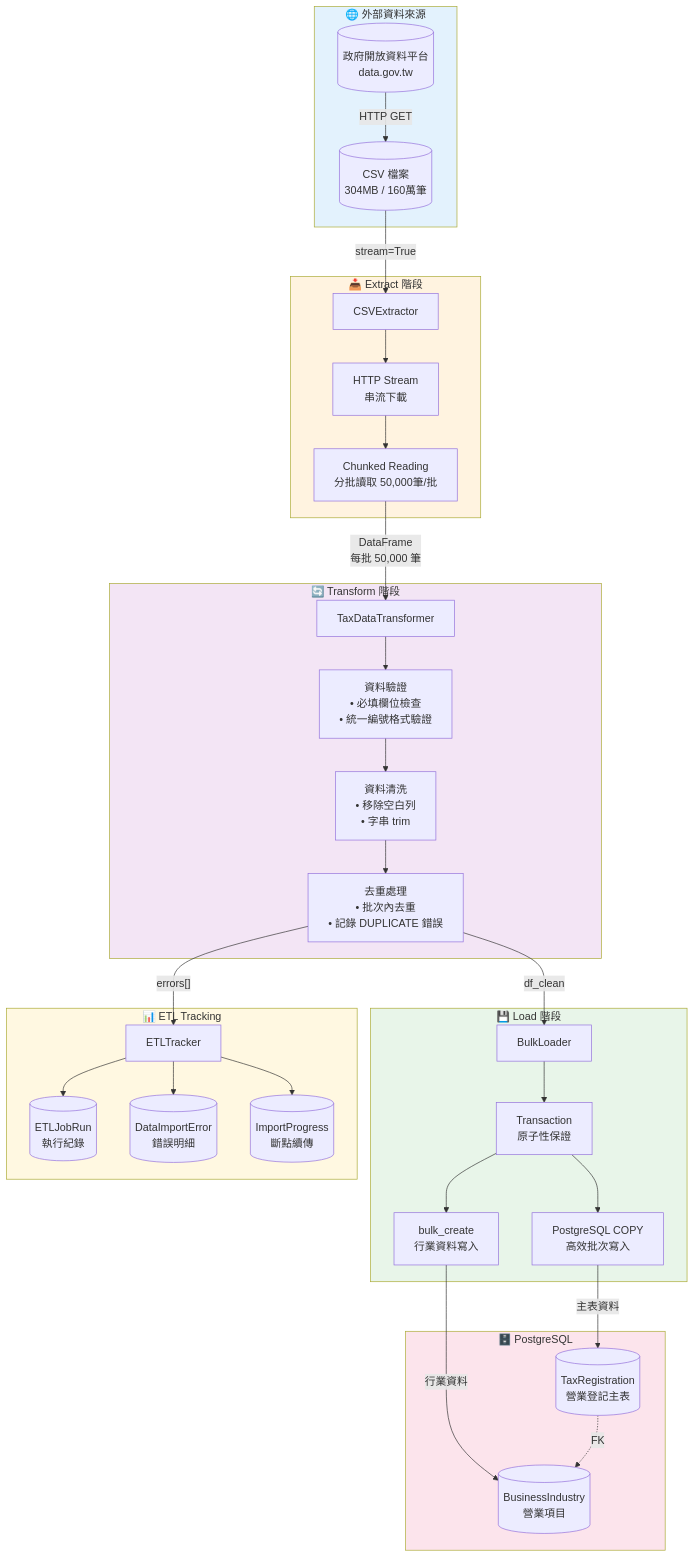
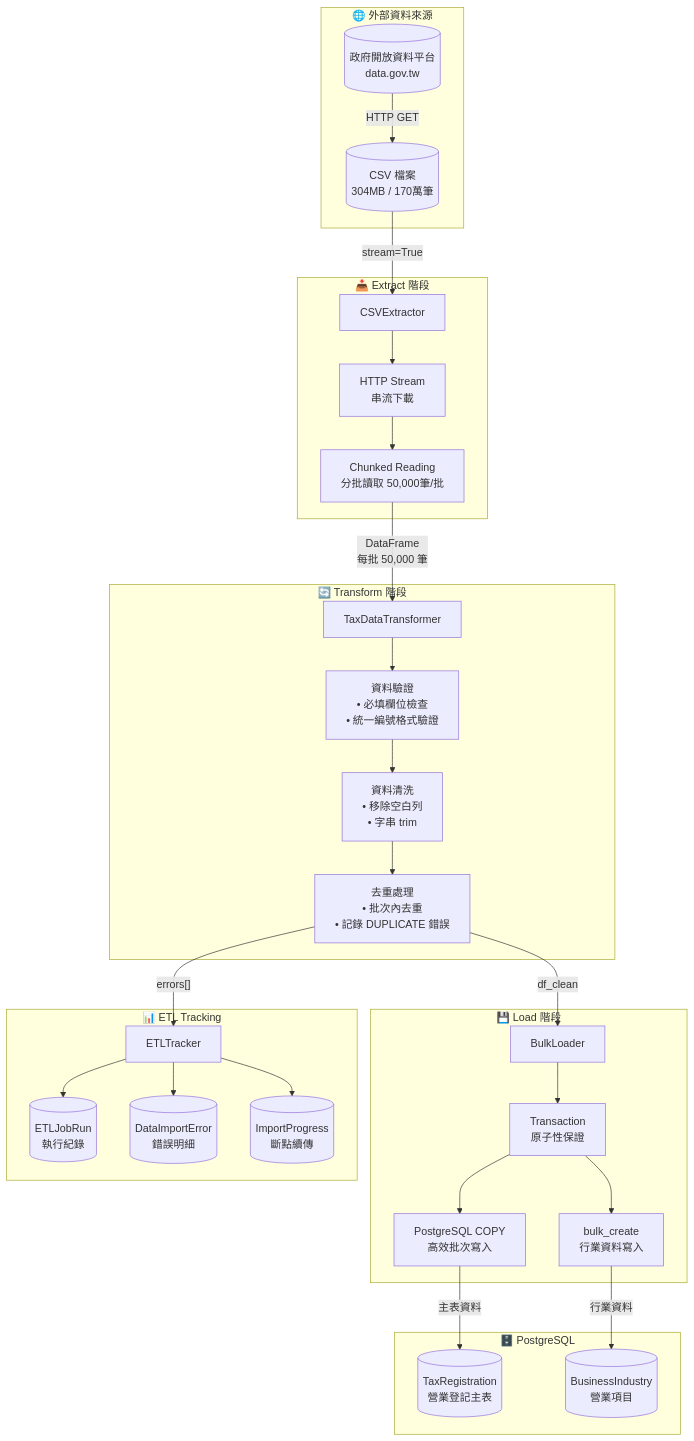
One commit to wrbyepct/assignment changed the third of 12 diagrams in README.md. Above: the diagram before and after it, drawn with Mermaid. The commit also changed other lines of this file and 3 other files, not shown here.

````diff
--- a/README.md
+++ b/README.md
@@ -1046,69 +521,58 @@
 ```mermaid
 flowchart TB
     subgraph External["🌐 外部資料來源"]
         GOV[("政府開放資料平台<br/>data.gov.tw")]
-        CSV[("CSV 檔案<br/>304MB / 160萬筆")]
+        CSV[("CSV 檔案<br/>304MB / 170萬筆")]
     end
 
     subgraph Extract["📥 Extract 階段"]
         EXT[CSVExtractor]
         STREAM["HTTP Stream<br/>串流下載"]
         CHUNK["Chunked Reading<br/>分批讀取 50,000筆/批"]
     end
 
     subgraph Transform["🔄 Transform 階段"]
         TRANS[TaxDataTransformer]
         VALID["資料驗證<br/>• 必填欄位檢查<br/>• 統一編號格式驗證"]
         CLEAN["資料清洗<br/>• 移除空白列<br/>• 字串 trim"]
         DEDUP["去重處理<br/>• 批次內去重<br/>• 記錄 DUPLICATE 錯誤"]
     end
 
     subgraph Load["💾 Load 階段"]
         LOADER[BulkLoader]
         COPY["PostgreSQL COPY<br/>高效批次寫入"]
         BULK["bulk_create<br/>行業資料寫入"]
         TXN["Transaction<br/>原子性保證"]
     end
 
     subgraph Database["🗄️ PostgreSQL"]
         TAX[(TaxRegistration<br/>營業登記主表)]
         IND[(BusinessIndustry<br/>營業項目)]
     end
 
     subgraph Tracking["📊 ETL Tracking"]
         TRACKER[ETLTracker]
         JOB[(ETLJobRun<br/>執行紀錄)]
         ERR[(DataImportError<br/>錯誤明細)]
         PROG[(ImportProgress<br/>斷點續傳)]
     end
 
-    %% 資料流
     GOV -->|"HTTP GET"| CSV
     CSV -->|"stream=True"| EXT
     EXT --> STREAM --> CHUNK
     
     CHUNK -->|"DataFrame<br/>每批 50,000 筆"| TRANS
     TRANS --> VALID --> CLEAN --> DEDUP
     
     DEDUP -->|"df_clean"| LOADER
     DEDUP -->|"errors[]"| TRACKER
     
     LOADER --> TXN
     TXN --> COPY -->|"主表資料"| TAX
     TXN --> BULK -->|"行業資料"| IND
     
-    %% 追蹤流
     TRACKER --> JOB
     TRACKER --> ERR
     TRACKER --> PROG
-    
-    TAX -.->|"FK"| IND
 
-    %% 樣式
-    style External fill:#e3f2fd
-    style Extract fill:#fff3e0
-    style Transform fill:#f3e5f5
-    style Load fill:#e8f5e9
-    style Database fill:#fce4ec
-    style Tracking fill:#fff8e1
 ```
````
